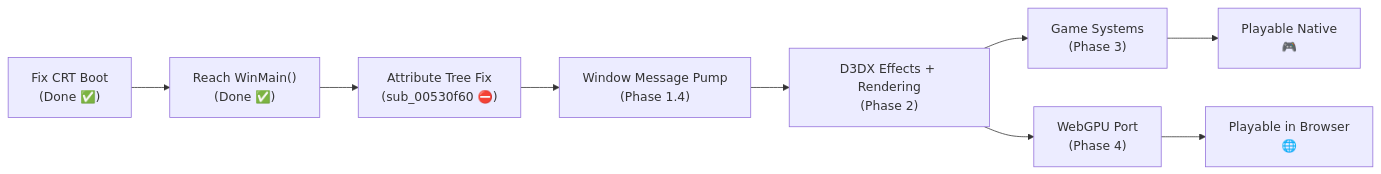
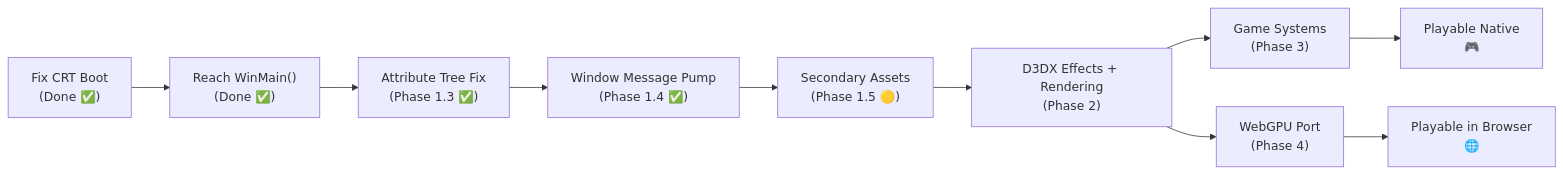
The diagram in docs/ROADMAP.md (uvindusl/NFSProStreet_online), drawn with Mermaid before and after one commit. The commit also changed other lines of this file and 5 other files, not shown here.

First line of the commit message:
fix(runtime): resolve review comments on attribute tree and win32 pump

````diff
--- a/docs/ROADMAP.md
+++ b/docs/ROADMAP.md
@@ -173,11 +173,12 @@
 ```mermaid
 flowchart LR
     A["Fix CRT Boot\n(Done ✅)"] --> B["Reach WinMain()\n(Done ✅)"]
-    B --> C["Attribute Tree Fix\n(sub_00530f60 ⛔)"]
-    C --> D["Window Message Pump\n(Phase 1.4)"]
-    D --> E["D3DX Effects + Rendering\n(Phase 2)"]
-    E --> F["Game Systems\n(Phase 3)"]
-    E --> G["WebGPU Port\n(Phase 4)"]
-    F --> H["Playable Native\n🎮"]
-    G --> I["Playable in Browser\n🌐"]
+    B --> C["Attribute Tree Fix\n(Phase 1.3 ✅)"]
+    C --> D["Window Message Pump\n(Phase 1.4 ✅)"]
+    D --> E["Secondary Assets\n(Phase 1.5 🟡)"]
+    E --> F["D3DX Effects + Rendering\n(Phase 2)"]
+    F --> G["Game Systems\n(Phase 3)"]
+    F --> H["WebGPU Port\n(Phase 4)"]
+    G --> I["Playable Native\n🎮"]
+    H --> J["Playable in Browser\n🌐"]
 ```
````
